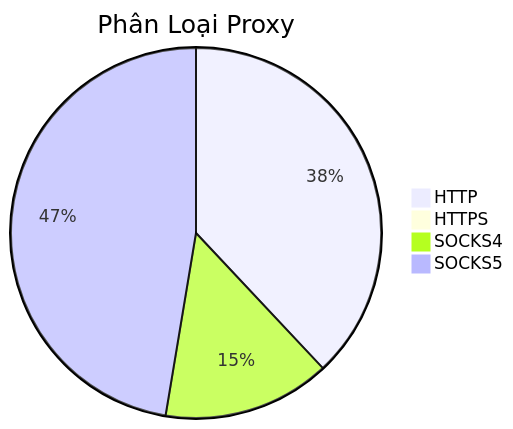
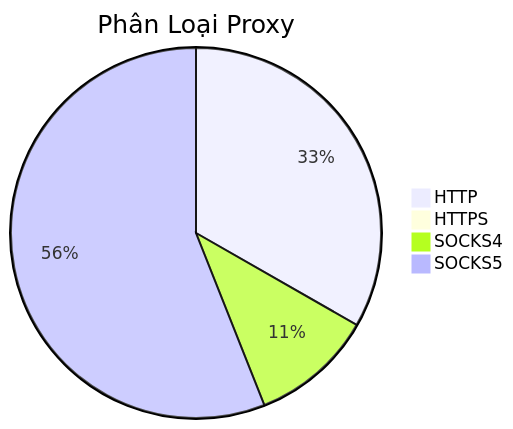
The diagram in README.md (Ciara-12/PROXY-free), drawn with Mermaid before and after one commit. The commit also changed other lines of this file and 4 other files, not shown here.

````diff
--- a/README.md
+++ b/README.md
@@ -26,7 +26,7 @@
 ```mermaid
 pie title Phân Loại Proxy
-    "HTTP" : 1286
-    "HTTPS" : 0
-    "SOCKS4" : 495
-    "SOCKS5" : 1603
+    "HTTP" : 1015
+    "HTTPS" : 2
+    "SOCKS4" : 327
+    "SOCKS5" : 1709
 ```
````
